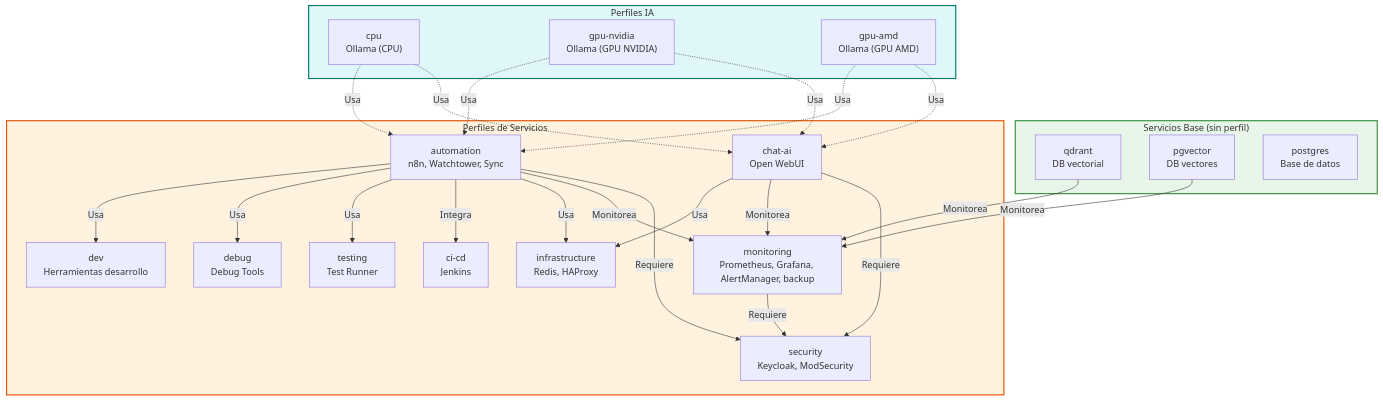
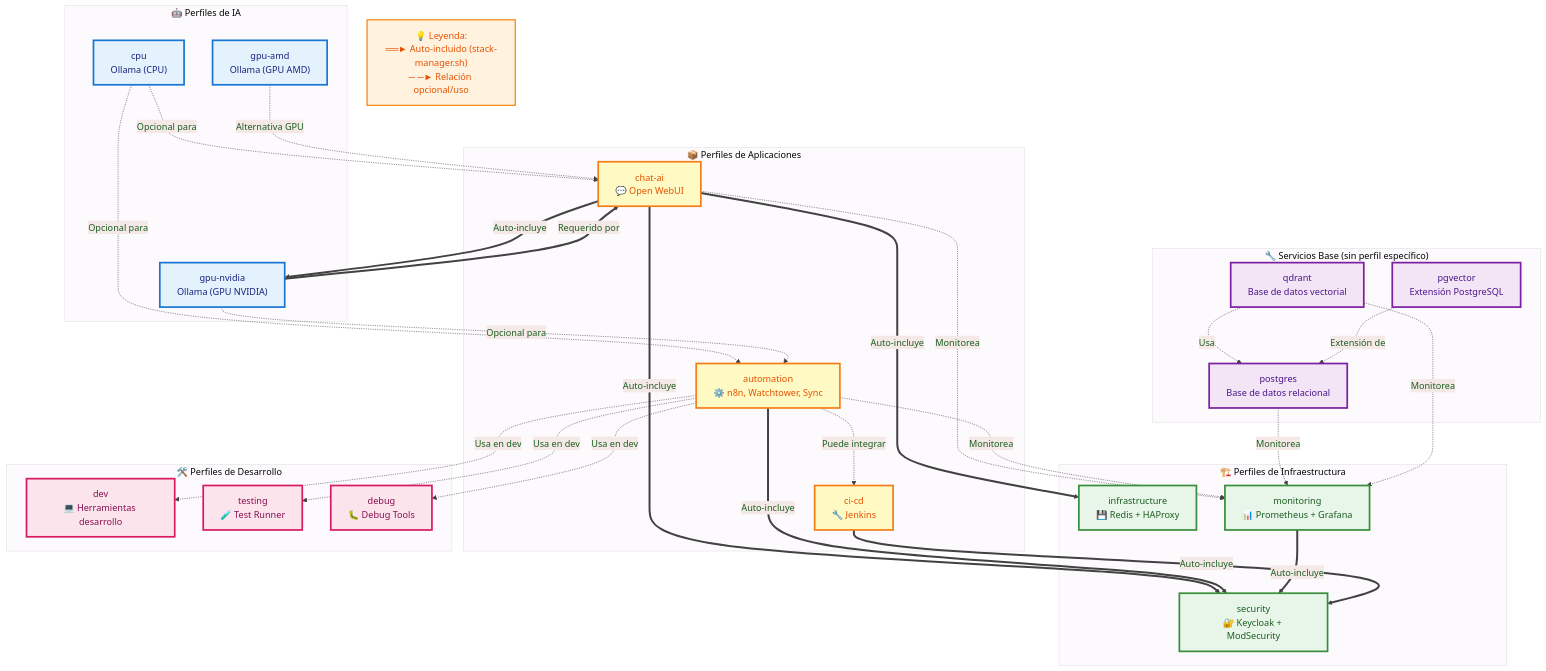
The diagram in diagrams_mmd/perfiles.mmd (emujicad/my-selfhosted-ai-kit), drawn with Mermaid before and after one commit. The commit also changed 1 other file, not shown here.

Commit message:
feat: Update perfiles diagram to match current architecture
Updated perfiles.mmd with:
- Current services (Open WebUI, Keycloak, Redis, etc.)
- Auto-dependency resolution from stack-manager.sh
- Professional styling matching other new diagrams
- Clear distinction between auto-included and optional dependencies
- Added legend for dependency types

Regenerated perfiles.png at 2400x1800 high resolution.

```diff
--- a/diagrams_mmd/perfiles.mmd
+++ b/diagrams_mmd/perfiles.mmd
@@ -1,47 +1,83 @@
-flowchart TD
-    subgraph Perfiles_IA["Perfiles IA"]
-        CPU["cpu\nOllama (CPU)"]
-        NVIDIA["gpu-nvidia\nOllama (GPU NVIDIA)"]
-        AMD["gpu-amd\nOllama (GPU AMD)"]
+%%{init: {'theme':'base', 'themeVariables': { 'primaryColor':'#e8f5e9', 'primaryTextColor':'#1b5e20', 'primaryBorderColor':'#388e3c', 'lineColor':'#424242', 'fontSize':'16px'}}}%%
+graph TB
+    subgraph "🤖 Perfiles de IA"
+        CPU["cpu<br/>Ollama (CPU)"]
+        NVIDIA["gpu-nvidia<br/>Ollama (GPU NVIDIA)"]
+        AMD["gpu-amd<br/>Ollama (GPU AMD)"]
     end
-    subgraph Servicios_Base["Servicios Base (sin perfil)"]
-        QDRANT["qdrant\nDB vectorial"]
-        PGVECTOR["pgvector\nDB vectores"]
-        POSTGRES["postgres\nBase de datos"]
+    
+    subgraph "🔧 Servicios Base (sin perfil específico)"
+        QDRANT["qdrant<br/>Base de datos vectorial"]
+        PGVECTOR["pgvector<br/>Extensión PostgreSQL"]
+        POSTGRES["postgres<br/>Base de datos relacional"]
     end
-    subgraph Perfiles_Servicios["Perfiles de Servicios"]
-        CHATAI["chat-ai\nOpen WebUI"]
-        AUTO["automation\nn8n, Watchtower, Sync"]
-        MON["monitoring\nPrometheus, Grafana, AlertManager, backup"]
-        SEC["security\nKeycloak, ModSecurity"]
-        INFRA["infrastructure\nRedis, HAProxy"]
-        CICD["ci-cd\nJenkins"]
-        TEST["testing\nTest Runner"]
-        DEBUG["debug\nDebug Tools"]
-        DEV["dev\nHerramientas desarrollo"]
+    
+    subgraph "📦 Perfiles de Aplicaciones"
+        CHATAI["chat-ai<br/>💬 Open WebUI"]
+        AUTO["automation<br/>⚙️ n8n, Watchtower, Sync"]
+        CICD["ci-cd<br/>🔧 Jenkins"]
     end
-    CPU -.->|"Usa"| CHATAI
-    CPU -.->|"Usa"| AUTO
-    NVIDIA -.->|"Usa"| CHATAI
-    NVIDIA -.->|"Usa"| AUTO
-    AMD -.->|"Usa"| CHATAI
-    AMD -.->|"Usa"| AUTO
-    CHATAI -->|"Requiere"| SEC
-    AUTO -->|"Requiere"| SEC
-    MON -->|"Requiere"| SEC
-    CHATAI -->|"Monitorea"| MON
-    AUTO -->|"Monitorea"| MON
-    QDRANT -->|"Monitorea"| MON
-    PGVECTOR -->|"Monitorea"| MON
-    CHATAI -->|"Usa"| INFRA
-    AUTO -->|"Usa"| INFRA
-    AUTO -->|"Integra"| CICD
-    AUTO -->|"Usa"| TEST
-    AUTO -->|"Usa"| DEBUG
-    AUTO -->|"Usa"| DEV
-    classDef ia fill:#e0f7fa,stroke:#00796b,stroke-width:2px;
-    classDef base fill:#e8f5e9,stroke:#388e3c,stroke-width:2px;
-    classDef perfiles fill:#fff3e0,stroke:#e65100,stroke-width:2px;
-    class Perfiles_IA ia;
-    class Servicios_Base base;
-    class Perfiles_Servicios perfiles; 
+    
+    subgraph "🏗️ Perfiles de Infraestructura"
+        SEC["security<br/>🔐 Keycloak + ModSecurity"]
+        INFRA["infrastructure<br/>💾 Redis + HAProxy"]
+        MON["monitoring<br/>📊 Prometheus + Grafana"]
+    end
+    
+    subgraph "🛠️ Perfiles de Desarrollo"
+        DEV["dev<br/>💻 Herramientas desarrollo"]
+        TEST["testing<br/>🧪 Test Runner"]
+        DEBUG["debug<br/>🐛 Debug Tools"]
+    end
+    
+    %% Dependencias de Perfiles de IA
+    CPU -.->|Opcional para| CHATAI
+    CPU -.->|Opcional para| AUTO
+    NVIDIA ==>|Requerido por| CHATAI
+    NVIDIA -.->|Opcional para| AUTO
+    AMD -.->|Alternativa GPU| CHATAI
+    
+    %% Dependencias Automáticas (stack-manager.sh)
+    CHATAI ==>|Auto-incluye| SEC
+    CHATAI ==>|Auto-incluye| INFRA
+    CHATAI ==>|Auto-incluye| NVIDIA
+    
+    AUTO ==>|Auto-incluye| SEC
+    
+    MON ==>|Auto-incluye| SEC
+    
+    CICD ==>|Auto-incluye| SEC
+    
+    %% Relaciones de uso
+    CHATAI -.->|Monitorea| MON
+    AUTO -.->|Monitorea| MON
+    POSTGRES -.->|Monitorea| MON
+    QDRANT -.->|Monitorea| MON
+    
+    AUTO -.->|Puede integrar| CICD
+    AUTO -.->|Usa en dev| TEST
+    AUTO -.->|Usa en dev| DEBUG
+    AUTO -.->|Usa en dev| DEV
+    
+    %% Servicios base usan PostgreSQL
+    QDRANT -.->|Usa| POSTGRES
+    PGVECTOR -.->|Extensión de| POSTGRES
+    
+    %% Estilos profesionales
+    classDef ia fill:#e3f2fd,stroke:#1976d2,stroke-width:3px,color:#1a237e
+    classDef base fill:#f3e5f5,stroke:#7b1fa2,stroke-width:3px,color:#4a148c
+    classDef apps fill:#fff9c4,stroke:#f57f17,stroke-width:3px,color:#e65100
+    classDef infra fill:#e8f5e9,stroke:#388e3c,stroke-width:3px,color:#1b5e20
+    classDef dev fill:#fce4ec,stroke:#d81b60,stroke-width:3px,color:#880e4f
+    
+    class CPU,NVIDIA,AMD ia
+    class QDRANT,PGVECTOR,POSTGRES base
+    class CHATAI,AUTO,CICD apps
+    class SEC,INFRA,MON infra
+    class DEV,TEST,DEBUG dev
+    
+    %% Leyenda
+    Note1["💡 Leyenda:<br/>══► Auto-incluido (stack-manager.sh)<br/>─ ─► Relación opcional/uso"]
+    
+    classDef legend fill:#fff3e0,stroke:#f57c00,stroke-width:2px,color:#e65100
+    class Note1 legend
```
